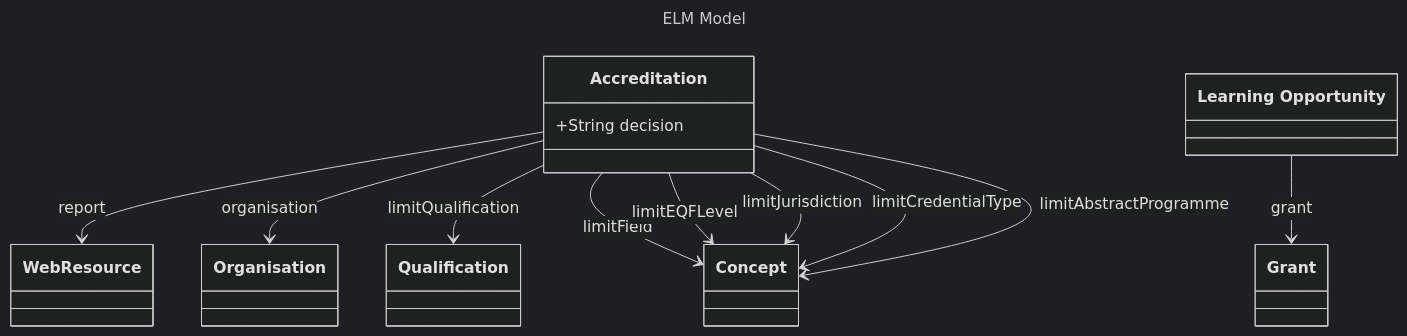
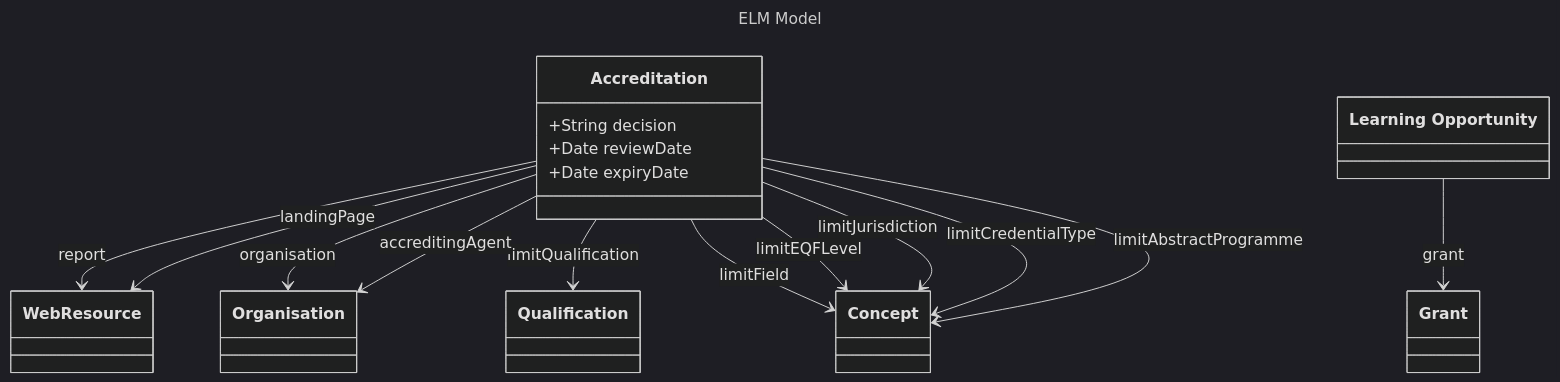
One commit to philbarker/ELM_Diag changed the diagram in elm_model.md. Above: the diagram before and after it, drawn with Mermaid (dark theme).

Commit message:
All accreditation propperties done

````diff
--- a/elm_model.md
+++ b/elm_model.md
@@ -2,23 +2,26 @@
 ```mermaid
 ---
 title: ELM Model
 description: European Learning Model data model diagrammed using Mermaid.
 ---
 classDiagram
     class Accreditation["Accreditation"]{
         +String decision
+        +Date reviewDate
+        +Date expiryDate
     }
     Accreditation --> WebResource : report
     Accreditation --> Organisation : organisation
     Accreditation --> Qualification : limitQualification
     Accreditation --> Concept : limitField
     Accreditation --> Concept : limitEQFLevel
     Accreditation --> Concept : limitJurisdiction
     Accreditation --> Concept : limitCredentialType
     Accreditation --> Concept : limitAbstractProgramme
-    
+    Accreditation --> Organisation : accreditingAgent
+    Accreditation --> WebResource : landingPage
     class LearningOpportunity["Learning Opportunity"]
     LearningOpportunity --> Grant : grant
     class Qualification["Qualification"]
     class Grant["Grant"]
 ```
````
